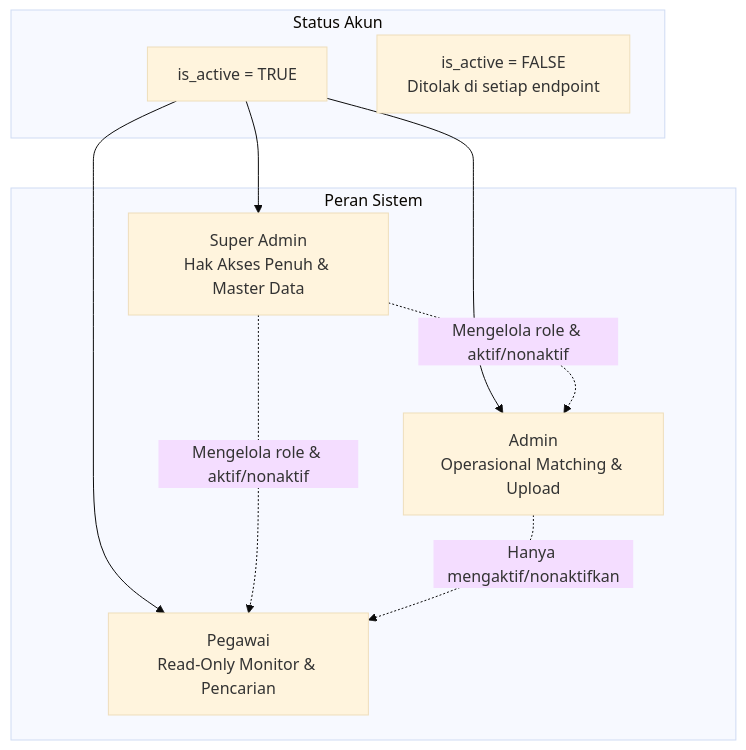
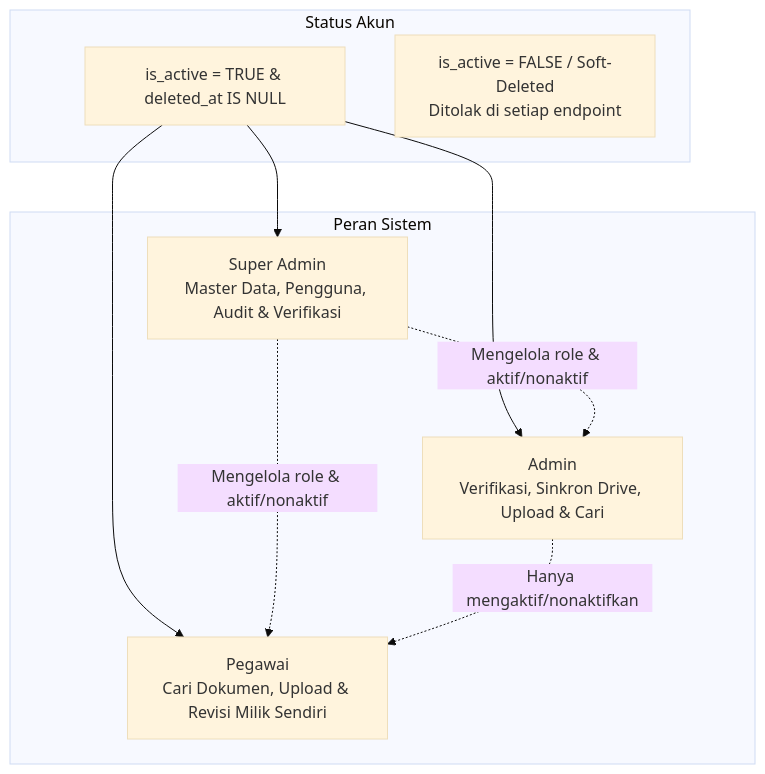
One commit to Raaamaa/websinkronisasi changed the diagram in Md/RBAC.md. Above: the diagram before and after it, drawn with Mermaid (base theme). The commit also changed other lines of this file and 10 other files, not shown here.

````diff
--- a/Md/RBAC.md
+++ b/Md/RBAC.md
@@ -35,21 +38,21 @@
 ```mermaid
 graph TD
     subgraph Status Akun
-        ACTIVE[is_active = TRUE]
-        INACTIVE[is_active = FALSE<br/>Ditolak di setiap endpoint]
+        ACTIVE[is_active = TRUE & deleted_at IS NULL]
+        INACTIVE[is_active = FALSE / Soft-Deleted<br/>Ditolak di setiap endpoint]
     end
 
     subgraph Peran Sistem
-        SA[Super Admin<br/>Hak Akses Penuh & Master Data]
-        ADM[Admin<br/>Operasional Matching & Upload]
-        PGW[Pegawai<br/>Read-Only Monitor & Pencarian]
+        SA[Super Admin<br/>Master Data, Pengguna, Audit & Verifikasi]
+        ADM[Admin<br/>Verifikasi, Sinkron Drive, Upload & Cari]
+        PGW[Pegawai<br/>Cari Dokumen, Upload & Revisi Milik Sendiri]
     end
 
     ACTIVE --> SA
     ACTIVE --> ADM
     ACTIVE --> PGW
 
     SA -.->|Mengelola role & aktif/nonaktif| ADM
     SA -.->|Mengelola role & aktif/nonaktif| PGW
     ADM -.->|Hanya mengaktif/nonaktifkan| PGW
 ```
````
